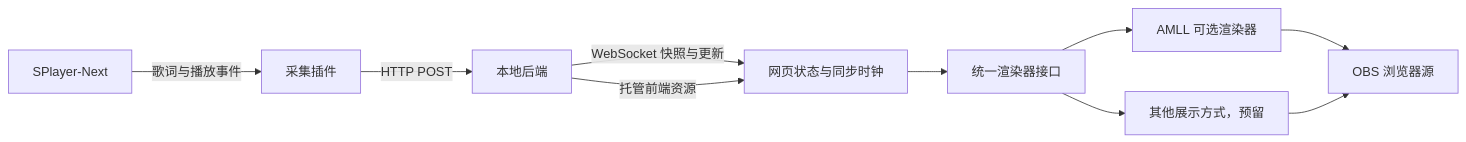
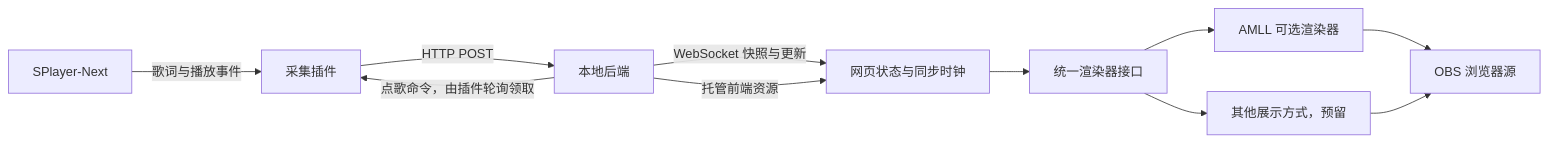
Before and after one commit to LiteZero/SPlayer-Live-Player: the diagram in docs/architecture.md, drawn with Mermaid. The commit also changed other lines of this file and 14 other files, not shown here.

````diff
--- a/docs/architecture.md
+++ b/docs/architecture.md
@@ -7,12 +7,13 @@
 ```mermaid
 flowchart LR
   S[SPlayer-Next] -->|歌词与播放事件| P[采集插件]
   P -->|HTTP POST| B[本地后端]
+  B -->|点歌命令，由插件轮询领取| P
   B -->|WebSocket 快照与更新| C[网页状态与同步时钟]
   B -->|托管前端资源| C
   C --> R[统一渲染器接口]
   R --> A[AMLL 可选渲染器]
   R --> L[其他展示方式，预留]
   A --> O[OBS 浏览器源]
   L --> O
 ```
````
